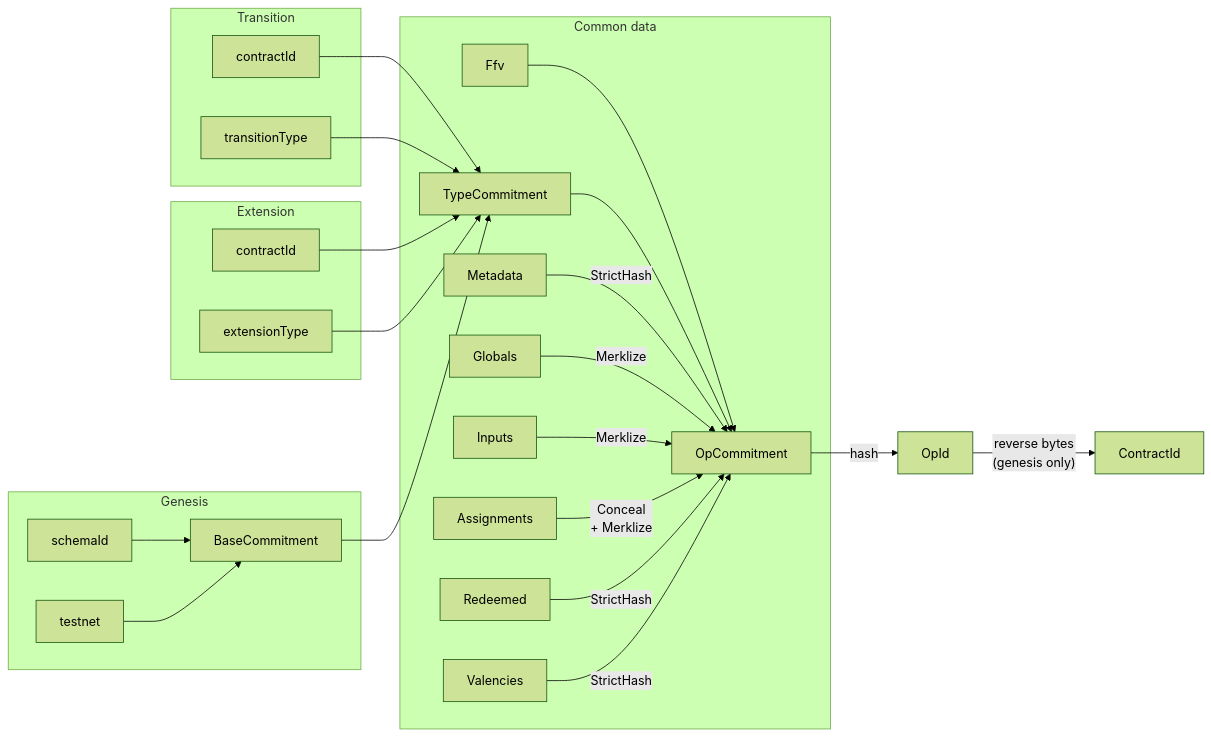
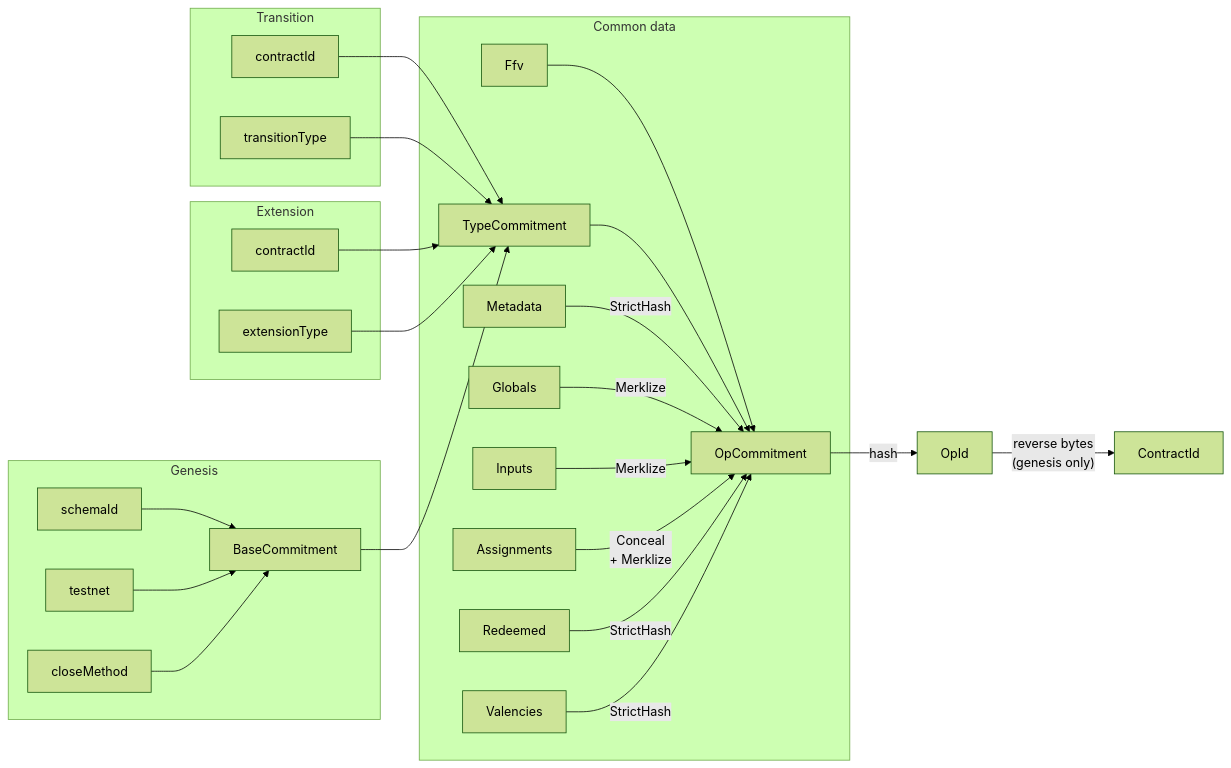
One commit to RGB-WG/rgb-core changed the second of 3 diagrams in doc/Commitments.md. Above: the diagram before and after it, drawn with Mermaid (forest theme). The commit also changed 15 other files, not shown here.

Commit message:
schema: make contract commit to a close method

````diff
--- a/doc/Commitments.md
+++ b/doc/Commitments.md
@@ -208,33 +208,34 @@
 ```mermaid
 flowchart LR
   subgraph "Common data"
     Ffv --> OpCommitment
     TypeCommitment --> OpCommitment
     Metadata -- StrictHash --> OpCommitment
     Globals -- Merklize --> OpCommitment
     Inputs -- Merklize --> OpCommitment
     Assignments -- "Conceal\n + Merklize" --> OpCommitment
     Redeemed -- StrictHash --> OpCommitment
     Valencies -- StrictHash --> OpCommitment
   end
 
   subgraph "Genesis"
     schemaId --> BaseCommitment
     testnet --> BaseCommitment
+    closeMethod --> BaseCommitment
   end
 
   subgraph "Transition"
     tcid[contractId] --> TypeCommitment
     transitionType --> TypeCommitment
   end
 
   subgraph "Extension"
     ecid[contractId] --> TypeCommitment
     extensionType --> TypeCommitment
   end
 
   BaseCommitment --> TypeCommitment
 
   OpCommitment -- hash --> OpId
   OpId -- "reverse bytes\n(genesis only)" --> ContractId
 ```
````
